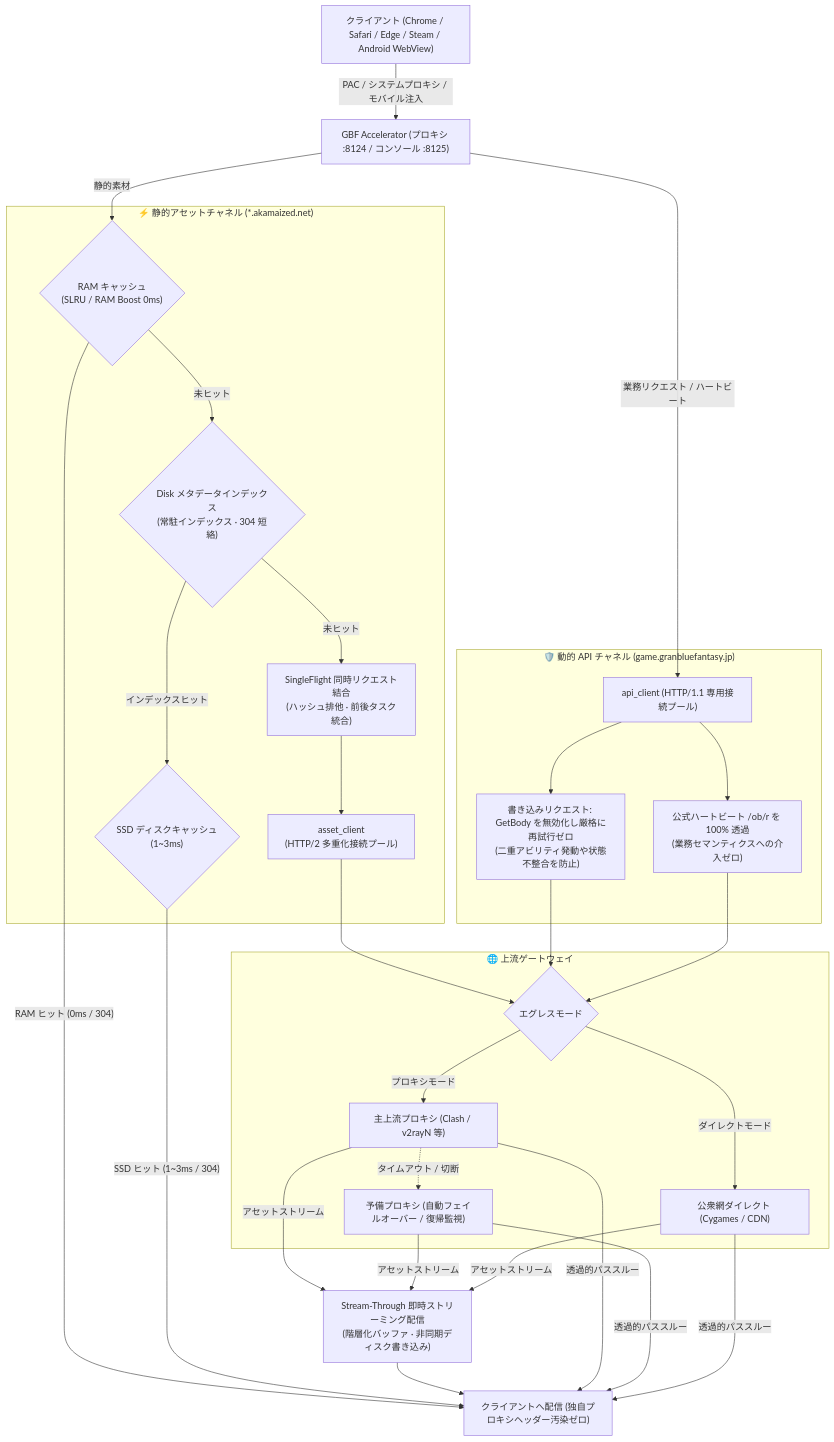
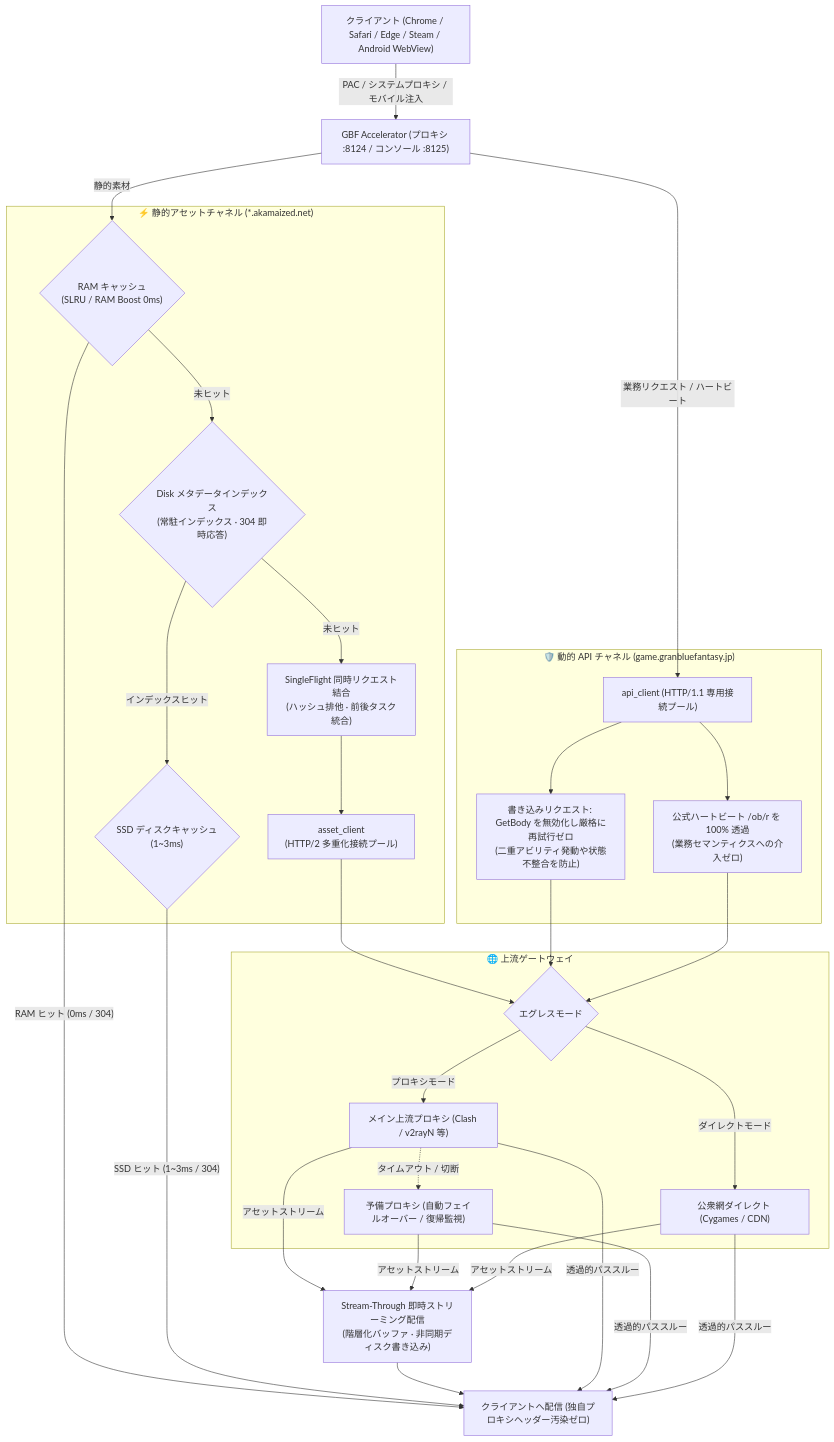
The diagram in README.ja.md (Sagisawa/GBF-Accelerator), drawn with Mermaid before and after one commit. The commit also changed other lines of this file and 14 other files, not shown here.

````diff
--- a/README.ja.md
+++ b/README.ja.md
@@ -56,59 +56,59 @@
 ```mermaid
 flowchart TD
     Client["クライアント (Chrome / Safari / Edge / Steam / Android WebView)"]
     Proxy["GBF Accelerator (プロキシ :8124 / コンソール :8125)"]
 
     Client -->|"PAC / システムプロキシ / モバイル注入"| Proxy
 
     subgraph AssetChannel ["⚡ 静的アセットチャネル (*.akamaized.net)"]
         RAMCheck{"RAM キャッシュ<br/>(SLRU / RAM Boost 0ms)"}
-        DiskMeta{"Disk メタデータインデックス<br/>(常駐インデックス · 304 短絡)"}
+        DiskMeta{"Disk メタデータインデックス<br/>(常駐インデックス · 304 即時応答)"}
         DiskCheck{"SSD ディスクキャッシュ<br/>(1~3ms)"}
         SingleFlight["SingleFlight 同時リクエスト結合<br/>(ハッシュ排他 · 前後タスク統合)"]
         AssetClient["asset_client<br/>(HTTP/2 多重化接続プール)"]
 
         RAMCheck -->|"未ヒット"| DiskMeta
         DiskMeta -->|"インデックスヒット"| DiskCheck
         DiskMeta -->|"未ヒット"| SingleFlight
         SingleFlight --> AssetClient
     end
 
     subgraph APIChannel ["🛡️ 動的 API チャネル (game.granbluefantasy.jp)"]
         APIClient["api_client (HTTP/1.1 専用接続プール)"]
         ZeroRetry["書き込みリクエスト: GetBody を無効化し厳格に再試行ゼロ<br/>(二重アビリティ発動や状態不整合を防止)"]
         Heartbeat["公式ハートビート /ob/r を 100% 透過<br/>(業務セマンティクスへの介入ゼロ)"]
 
         APIClient --> ZeroRetry
         APIClient --> Heartbeat
     end
 
     subgraph UpstreamGateway ["🌐 上流ゲートウェイ"]
         UpstreamMode{"エグレスモード"}
-        UpstreamProxy["主上流プロキシ (Clash / v2rayN 等)"]
+        UpstreamProxy["メイン上流プロキシ (Clash / v2rayN 等)"]
         FailoverProxy["予備プロキシ (自動フェイルオーバー / 復帰監視)"]
         DirectNet["公衆網ダイレクト (Cygames / CDN)"]
 
         UpstreamMode -->|"プロキシモード"| UpstreamProxy
         UpstreamProxy -.->|"タイムアウト / 切断"| FailoverProxy
         UpstreamMode -->|"ダイレクトモード"| DirectNet
     end
 
     Proxy -->|"静的素材"| RAMCheck
     Proxy -->|"業務リクエスト / ハートビート"| APIClient
 
     AssetClient --> UpstreamMode
     ZeroRetry --> UpstreamMode
     Heartbeat --> UpstreamMode
 
     UpstreamProxy -->|"アセットストリーム"| StreamThrough["Stream-Through 即時ストリーミング配信<br/>(階層化バッファ · 非同期ディスク書き込み)"]
     FailoverProxy -->|"アセットストリーム"| StreamThrough
     DirectNet -->|"アセットストリーム"| StreamThrough
 
     RAMCheck -->|"RAM ヒット (0ms / 304)"| Deliver["クライアントへ配信 (独自プロキシヘッダー汚染ゼロ)"]
     DiskCheck -->|"SSD ヒット (1~3ms / 304)"| Deliver
     StreamThrough --> Deliver
 
     UpstreamProxy -->|"透過的パススルー"| Deliver
     FailoverProxy -->|"透過的パススルー"| Deliver
     DirectNet -->|"透過的パススルー"| Deliver
 ```
````
